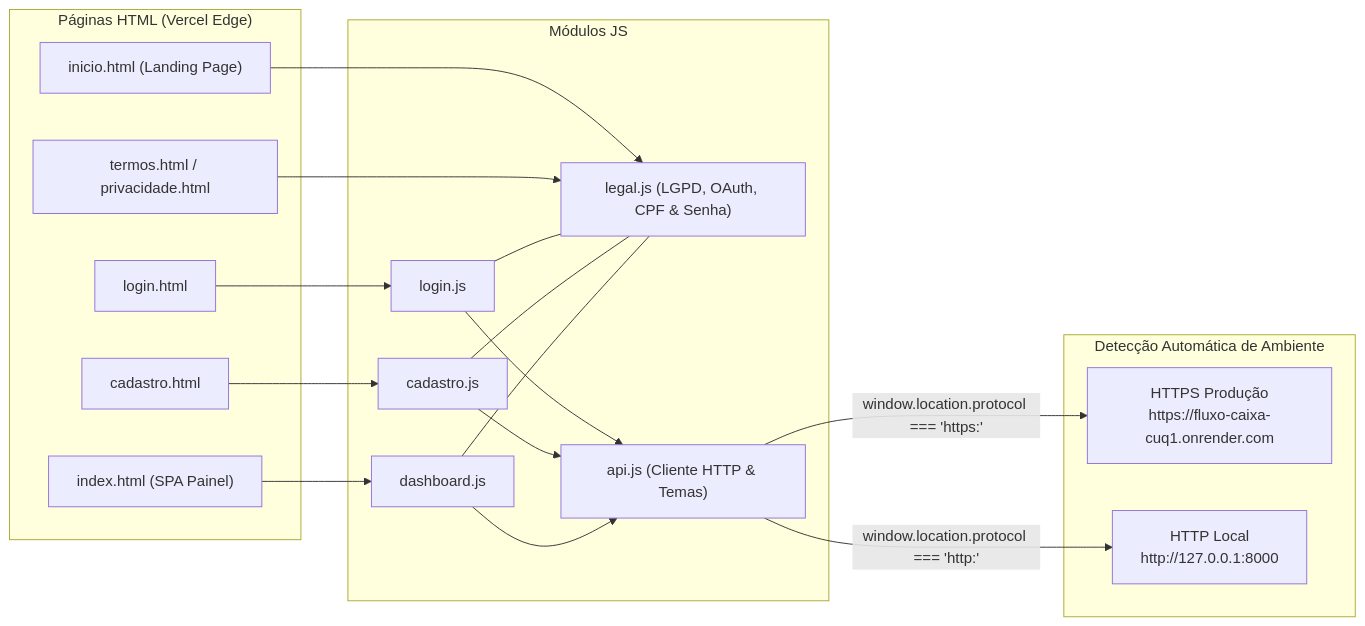
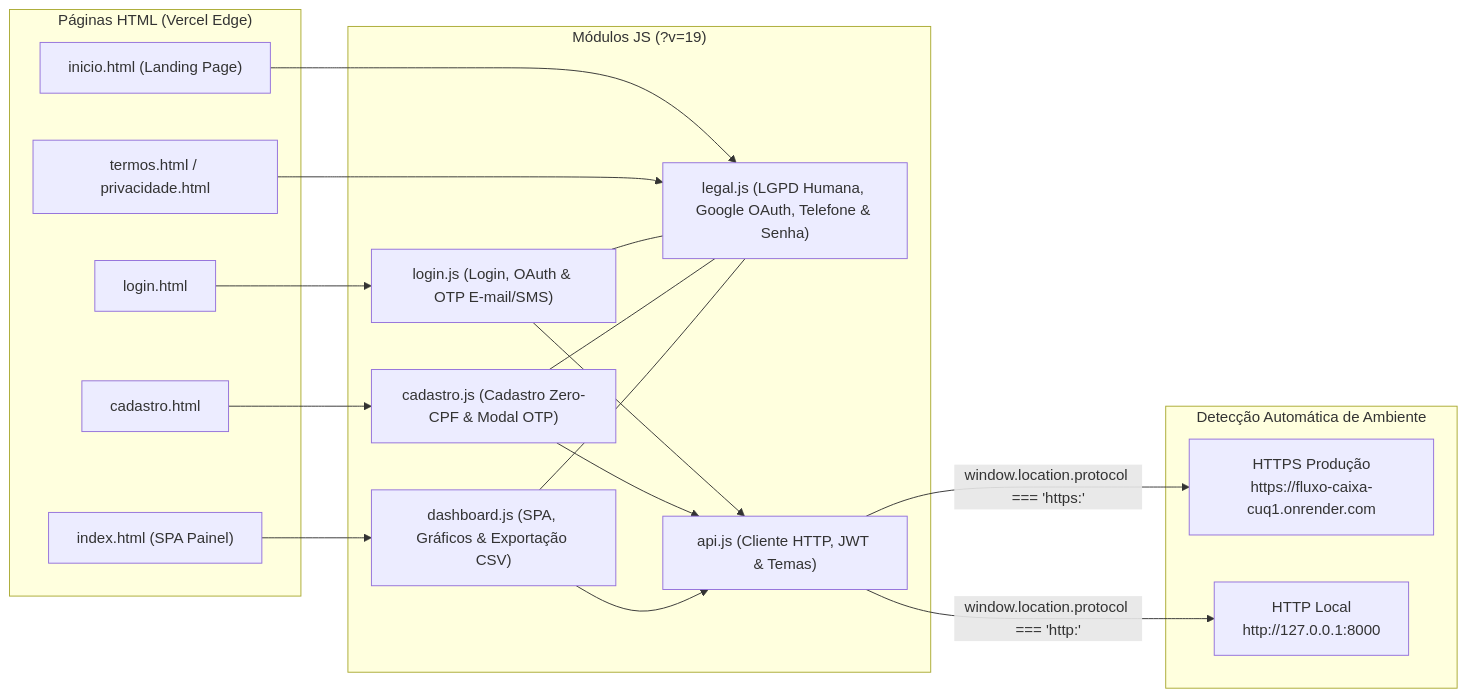
Before and after one commit to arthurcamrocha20052008/fluxo_caixa: the diagram in frontend/README.md, drawn with Mermaid. The commit also changed other lines of this file and 47 other files, not shown here.

Commit message:
feat(fullstack): zero-cpf lgpd auth, 2fa otp email/sms, 4-skills design engineering & docs

````diff
--- a/frontend/README.md
+++ b/frontend/README.md
@@ -11,35 +11,35 @@
 ```mermaid
 flowchart LR
     subgraph Pages ["Páginas HTML (Vercel Edge)"]
         I["inicio.html (Landing Page)"]
         L["login.html"]
         C["cadastro.html"]
         D["index.html (SPA Painel)"]
         T["termos.html / privacidade.html"]
     end
 
-    subgraph Controllers ["Módulos JS"]
-        LG["legal.js (LGPD, OAuth, CPF & Senha)"]
-        LJ["login.js"]
-        CJ["cadastro.js"]
-        DJ["dashboard.js"]
-        API["api.js (Cliente HTTP & Temas)"]
+    subgraph Controllers ["Módulos JS (?v=19)"]
+        LG["legal.js (LGPD Humana, Google OAuth, Telefone & Senha)"]
+        LJ["login.js (Login, OAuth & OTP E-mail/SMS)"]
+        CJ["cadastro.js (Cadastro Zero-CPF & Modal OTP)"]
+        DJ["dashboard.js (SPA, Gráficos & Exportação CSV)"]
+        API["api.js (Cliente HTTP, JWT & Temas)"]
     end
 
     subgraph Targets ["Detecção Automática de Ambiente"]
         PROD["HTTPS Produção<br/>https://fluxo-caixa-cuq1.onrender.com"]
         DEV["HTTP Local<br/>http://127.0.0.1:8000"]
     end
 
     I --> LG
     T --> LG
     L --> LJ --> API
     C --> CJ --> API
     D --> DJ --> API
     LJ --- LG
     CJ --- LG
     DJ --- LG
 
     API -->|"window.location.protocol === 'https:'"| PROD
     API -->|"window.location.protocol === 'http:'"| DEV
 ```
````
